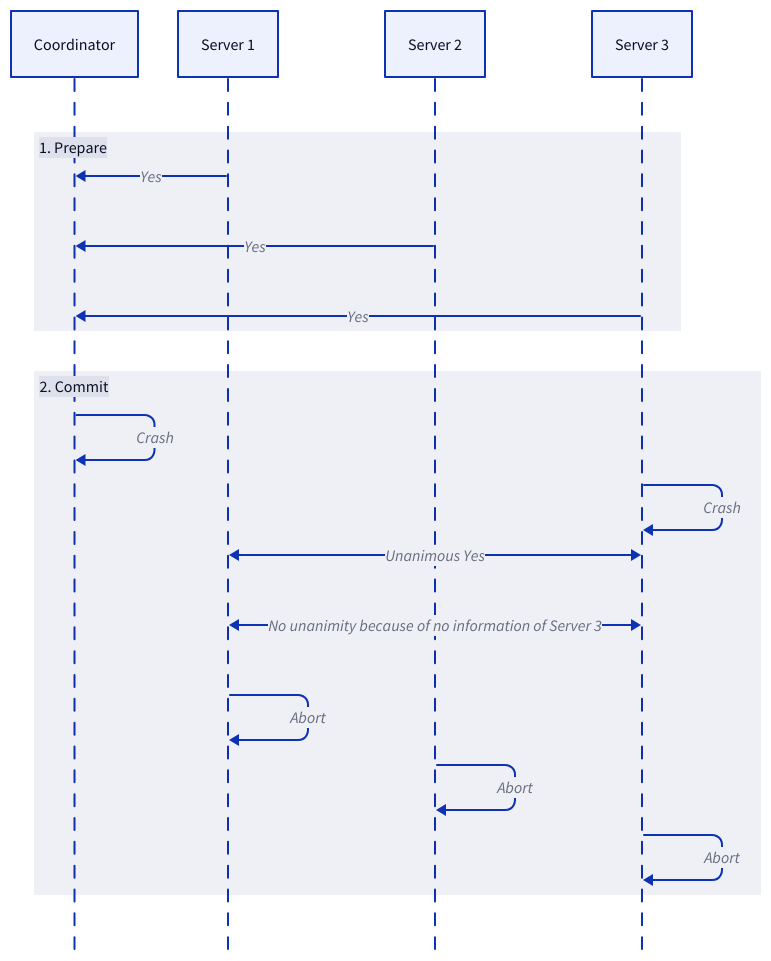
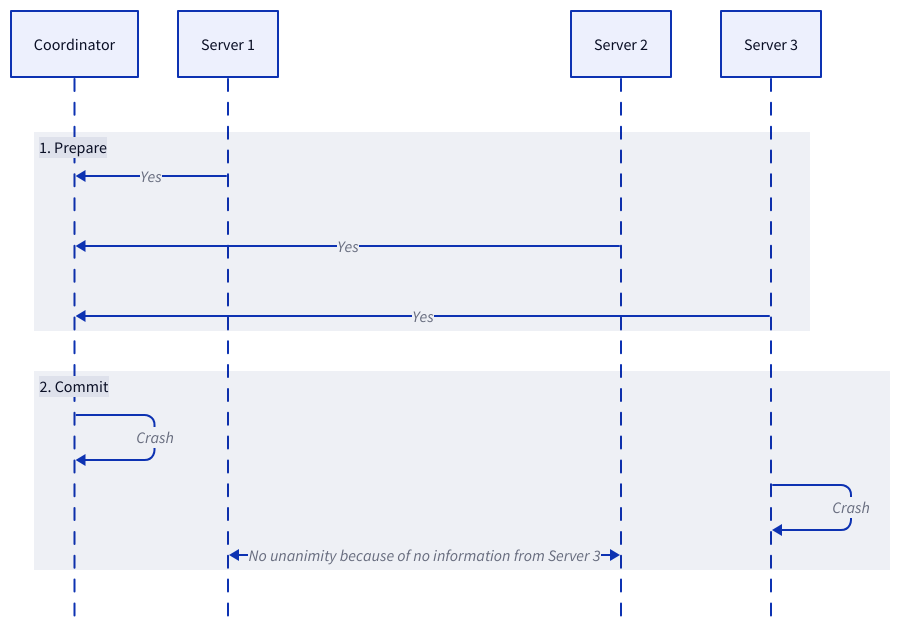
The seventh of 15 diagrams in content/docs/design-patterns/distributed-transaction/blocking-protocols.md (link1905/system-design-101), drawn with D2 before and after one commit. The commit also changed other lines of this file and 11 other files, not shown here.

````diff
--- a/content/docs/design-patterns/distributed-transaction/blocking-protocols.md
+++ b/content/docs/design-patterns/distributed-transaction/blocking-protocols.md
@@ -227,35 +244,31 @@
 ```d2
 shape: sequence_diagram
 c: Coordinator {
     class: router
 }
 s1: Server 1 {
     class: server
 }
 s2: Server 2 {
     class: server
 }
 s3: Server 3 {
     class: server
 }
 "1. Prepare" {
     s1 -> c: "Yes"
     s2 -> c: "Yes"
     s3 -> c: "Yes"
 }
 "2. Commit" {
     c -> c: Crash {
         class: error-conn
     }
     s3 -> s3: Crash {
         class: error-conn
     }
-    s1 <-> s3: Unanimous Yes
-    s1 <-> s3: No unanimity because of no information of Server 3 {
+    s1 <-> s2: No unanimity because of no information from Server 3 {
         class: error-conn
     }
-    s1 -> s1: Abort
-    s2 -> s2: Abort
-    s3 -> s3: Abort
 }
 ```
````
